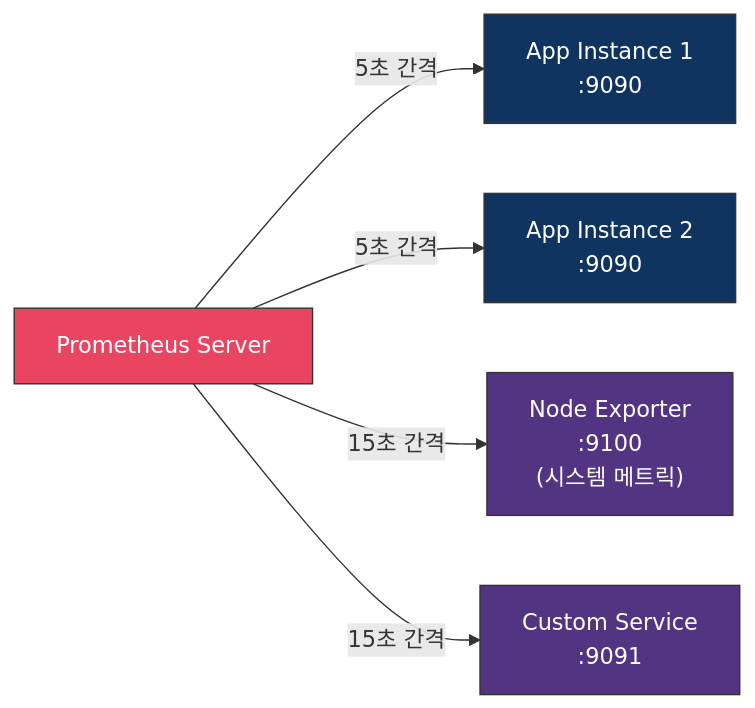
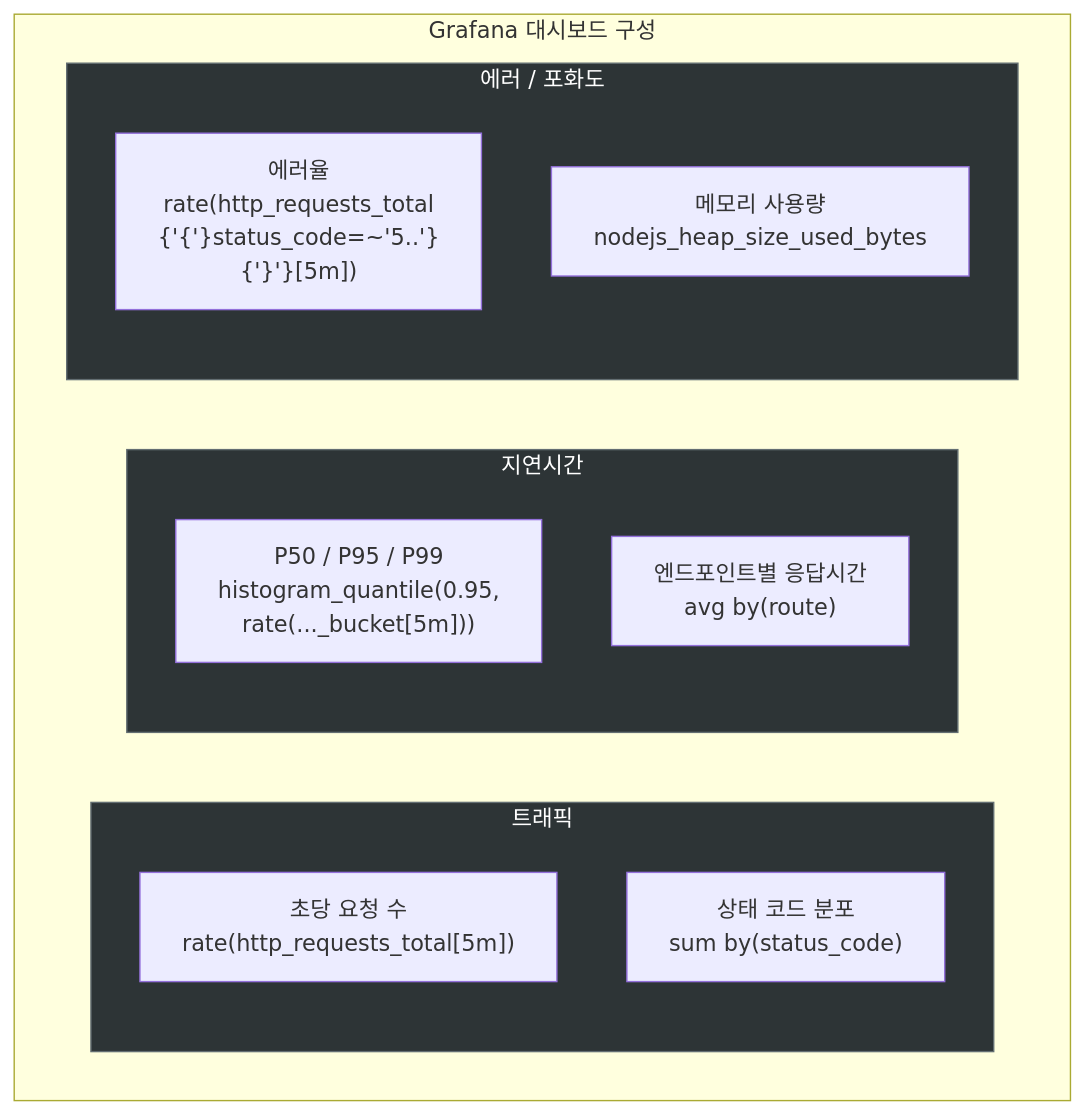
Before and after one commit to GYUTORY/YGSTUDY: the fourth of 4 diagrams in Develop/DevOps/Monitoring/Prometheus_메트릭_수집.md, drawn with Mermaid. The commit also changed other lines of this file and 3 other files, not shown here.

````diff
--- a/Develop/DevOps/Monitoring/Prometheus_메트릭_수집.md
+++ b/Develop/DevOps/Monitoring/Prometheus_메트릭_수집.md
@@ -2128,13 +409,23 @@
 ```mermaid
-graph LR
-    PROM[Prometheus Server] -- "5초 간격" --> A1["App Instance 1<br/>:9090"]
-    PROM -- "5초 간격" --> A2["App Instance 2<br/>:9090"]
-    PROM -- "15초 간격" --> NE["Node Exporter<br/>:9100<br/>(시스템 메트릭)"]
-    PROM -- "15초 간격" --> CS["Custom Service<br/>:9091"]
+graph TB
+    subgraph GF["Grafana 대시보드 구성"]
+        subgraph ROW1["트래픽"]
+            P1["초당 요청 수<br/>rate(http_requests_total[5m])"]
+            P2["상태 코드 분포<br/>sum by(status_code)"]
+        end
 
-    style PROM fill:#e94560,stroke:#333,color:#fff
-    style A1 fill:#0f3460,stroke:#333,color:#fff
-    style A2 fill:#0f3460,stroke:#333,color:#fff
-    style NE fill:#533483,stroke:#333,color:#fff
-    style CS fill:#533483,stroke:#333,color:#fff
+        subgraph ROW2["지연시간"]
+            P3["P50 / P95 / P99<br/>histogram_quantile(0.95,<br/>rate(..._bucket[5m]))"]
+            P4["엔드포인트별 응답시간<br/>avg by(route)"]
+        end
+
+        subgraph ROW3["에러 / 포화도"]
+            P5["에러율<br/>rate(http_requests_total<br/>{'{'}status_code=~'5..'}{'}'}[5m])"]
+            P6["메모리 사용량<br/>nodejs_heap_size_used_bytes"]
+        end
+    end
+
+    style ROW1 fill:#2d3436,stroke:#636e72,color:#fff
+    style ROW2 fill:#2d3436,stroke:#636e72,color:#fff
+    style ROW3 fill:#2d3436,stroke:#636e72,color:#fff
 ```
````
